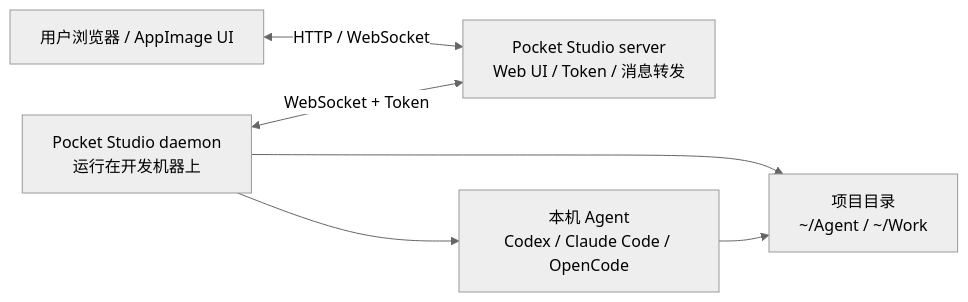
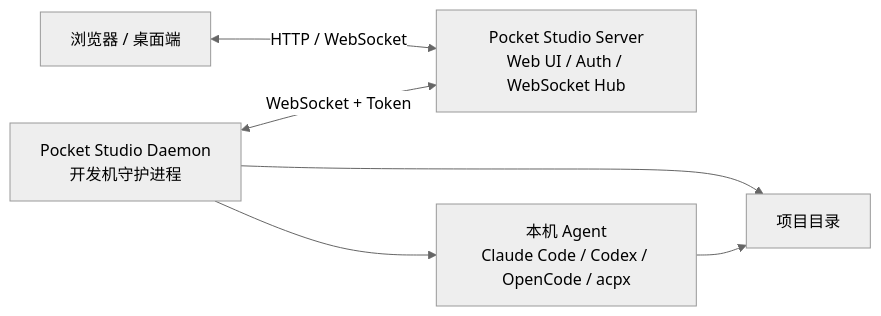
The diagram in README.md (chocotan/pocket-studio), drawn with Mermaid (neutral theme) before and after one commit. The commit also changed other lines of this file and 35 other files, not shown here.

````diff
--- a/README.md
+++ b/README.md
@@ -37,14 +25,14 @@
 ```mermaid
 flowchart LR
-  user[用户浏览器 / AppImage UI]
-  server[Pocket Studio server<br/>Web UI / Token / 消息转发]
-  daemon[Pocket Studio daemon<br/>运行在开发机器上]
-  project[项目目录<br/>~/Agent / ~/Work]
-  agent[本机 Agent<br/>Codex / Claude Code / OpenCode]
+  user[浏览器 / 桌面端]
+  server[Pocket Studio Server<br/>Web UI / Auth / WebSocket Hub]
+  daemon[Pocket Studio Daemon<br/>开发机守护进程]
+  project[项目目录]
+  agent[本机 Agent<br/>Claude Code / Codex / OpenCode / acpx]
 
   user <-->|HTTP / WebSocket| server
   daemon <-->|WebSocket + Token| server
   daemon --> project
   daemon --> agent
   agent --> project
 ```
````
